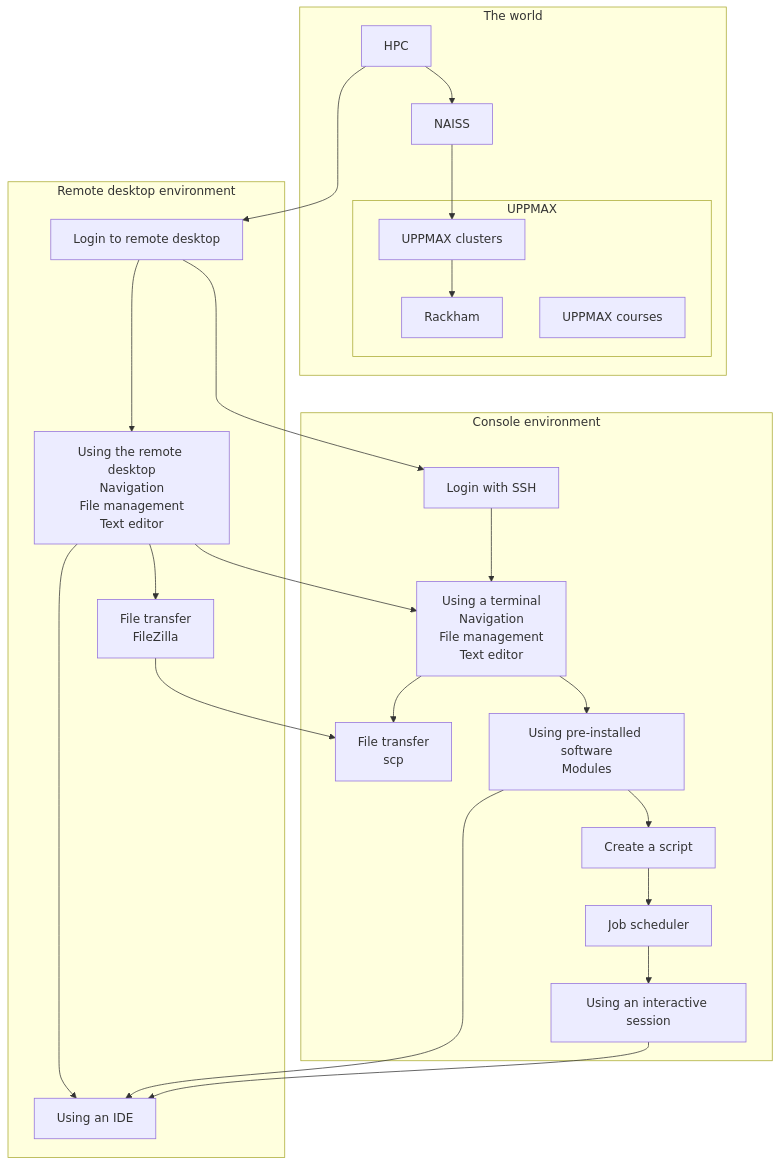
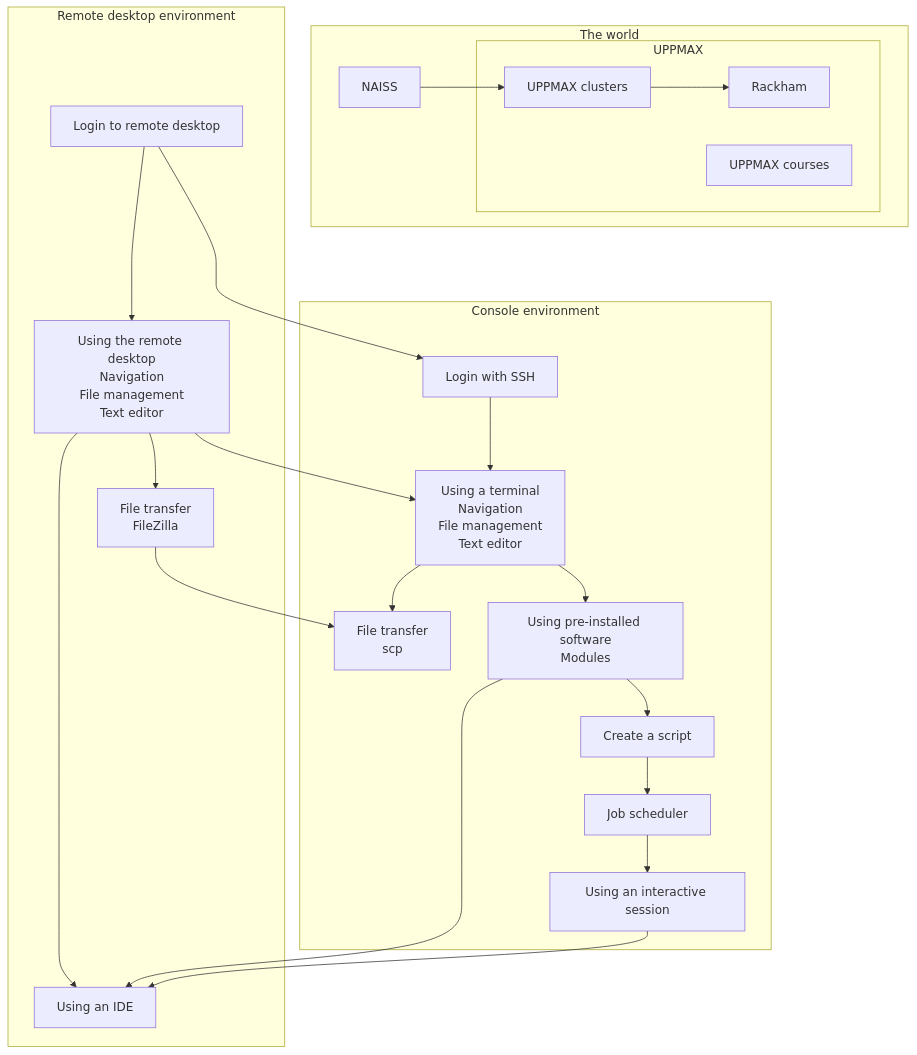
One commit to UPPMAX/uppmax_intro_day_1 changed the third of 3 diagrams in docs/overviews/uppmax_intro_day_1.md. Above: the diagram before and after it, drawn with Mermaid. The commit also changed other lines of this file and 2 other files, not shown here.

Commit message:
Remove duplicate HPC

````diff
--- a/docs/overviews/uppmax_intro_day_1.md
+++ b/docs/overviews/uppmax_intro_day_1.md
@@ -133,57 +127,54 @@
 ```mermaid
 flowchart TD
   subgraph world[The world]
-    hpc[HPC]
     naiss[NAISS]
   subgraph uppmax[UPPMAX]
       uppmax_clusters[UPPMAX clusters]
       rackham[Rackham]
       uppmax_courses[UPPMAX courses]
     end
   end
   subgraph remote_desktop[Remote desktop environment]
     login_remote_desktop[Login to remote desktop]
     use_remote_desktop[Using the remote desktop\nNavigation\nFile management\nText editor]
     file_transfer_filezilla[File transfer\nFileZilla]
     use_ide[Using an IDE]
   end
   subgraph console[Console environment]
     login_ssh[Login with SSH]
     use_terminal[Using a terminal\nNavigation\nFile management\nText editor]
     scripts[Create a script]
     file_transfer_scp[File transfer\nscp]
     modules[Using pre-installed software\nModules]
     interactive[Using an interactive session]
     job_scheduler[Job scheduler]
   end
 
-  hpc ---> login_remote_desktop
 
   %% UPPMAX
-  hpc --> naiss
   naiss --> uppmax_clusters
   uppmax_clusters --> rackham
 
   %% GUI
   login_remote_desktop ---> use_remote_desktop
   use_remote_desktop --> file_transfer_filezilla
   use_remote_desktop --> use_ide
 
   %% Console
   login_ssh --> use_terminal
   use_terminal --> file_transfer_scp
   use_terminal --> modules
   scripts --> job_scheduler
   modules --> scripts
   job_scheduler --> interactive
 
   %% console -> GUI
   modules --> use_ide
   
 
   %% GUI -> console
   login_remote_desktop --> login_ssh
   use_remote_desktop --> use_terminal
   file_transfer_filezilla --> file_transfer_scp  
   interactive --> use_ide
 ```
````
